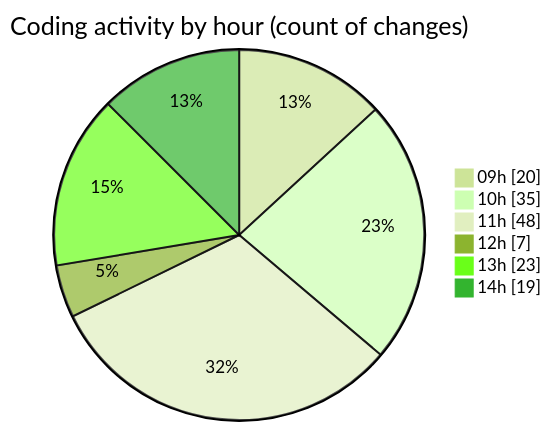
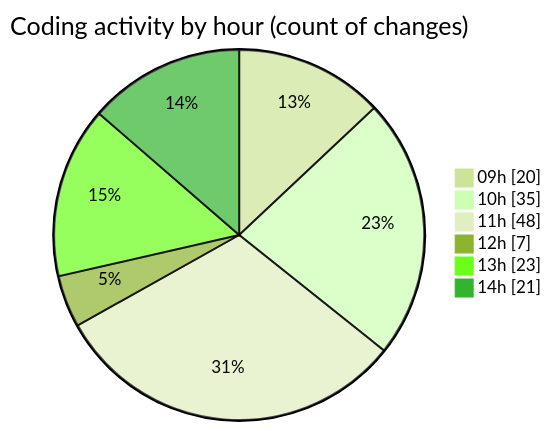
Before and after one commit to CELIANVF/code-tracking: the second of 2 diagrams in 2025-06-10/ecodeli-1/README.md, drawn with Mermaid (forest theme). The commit also changed other lines of this file and 1 other file, not shown here.

````diff
--- a/2025-06-10/ecodeli-1/README.md
+++ b/2025-06-10/ecodeli-1/README.md
@@ -87,10 +87,10 @@
 ```mermaid
 pie showData
 title Coding activity by hour (count of changes)
 "09h" : 20
 "10h" : 35
 "11h" : 48
 "12h" : 7
 "13h" : 23
-"14h" : 19
+"14h" : 21
 ```
````
